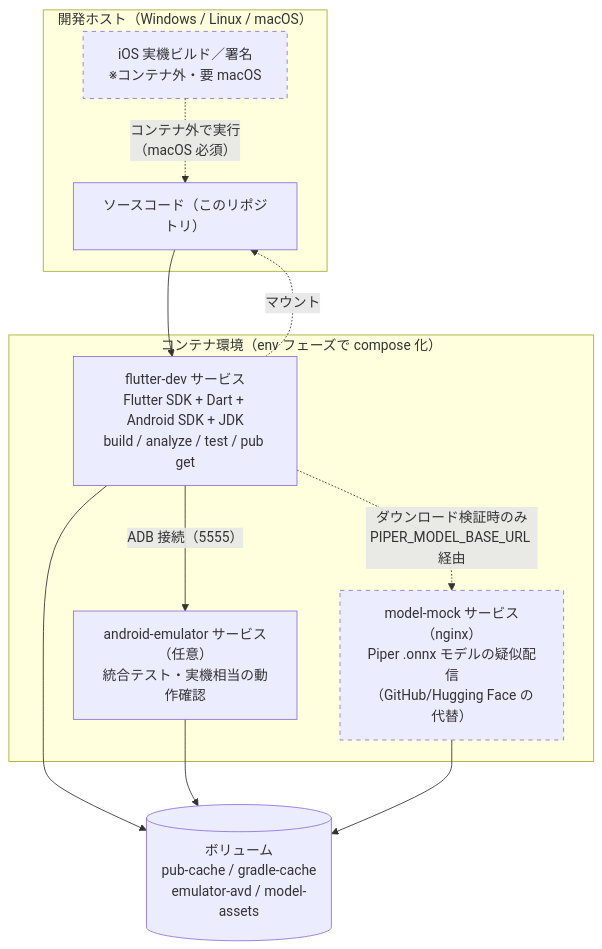
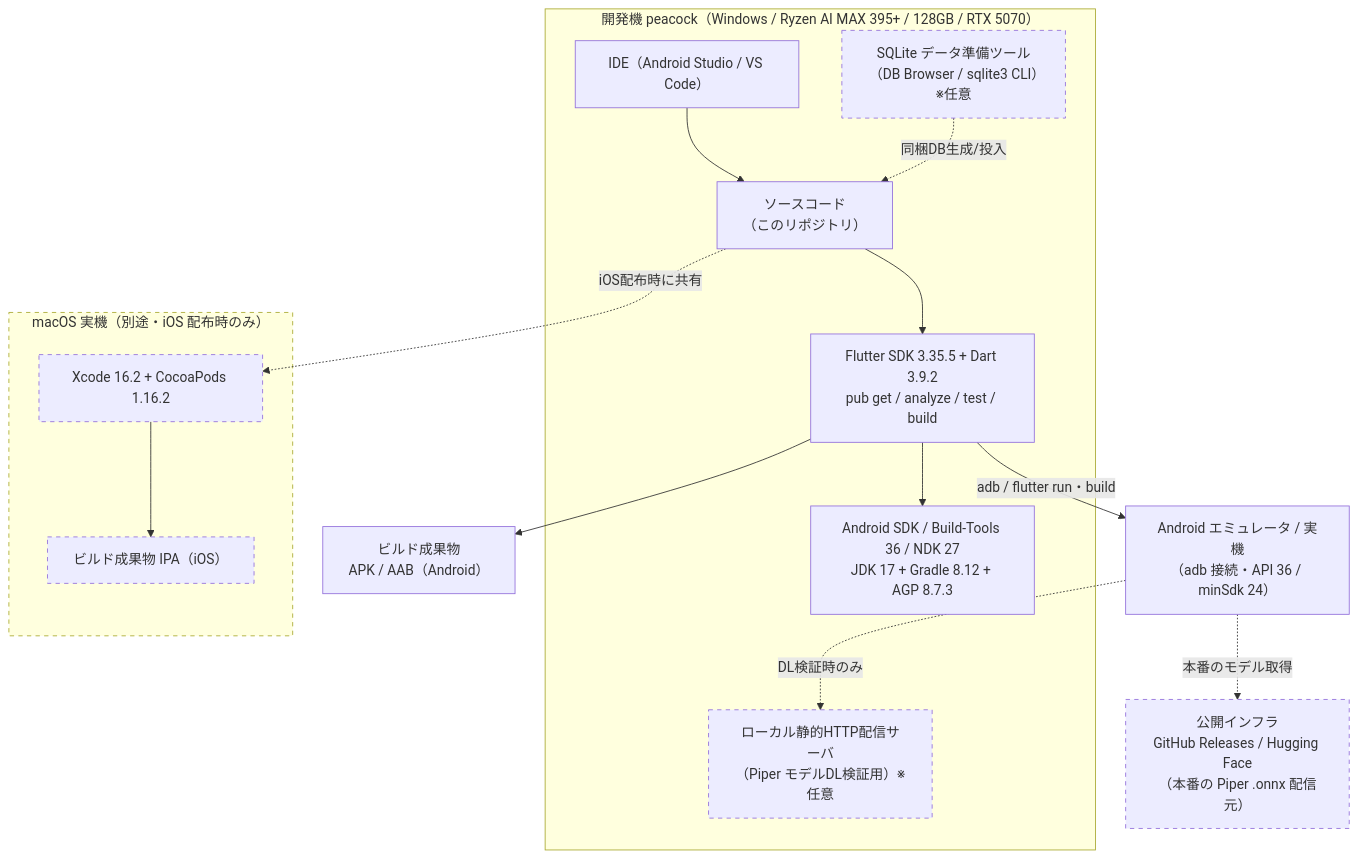
One commit to ji-no-ri/eng-learning changed the first of 2 diagrams in docs/development-environment-design.md. Above: the diagram before and after it, drawn with Mermaid. The commit also changed other lines of this file, not shown here.

````diff
--- a/docs/development-environment-design.md
+++ b/docs/development-environment-design.md
@@ -36,27 +106,36 @@
 ```mermaid
 flowchart TD
-    subgraph Host["開発ホスト（Windows / Linux / macOS）"]
-        SRC["ソースコード（このリポジトリ）"]
-        IOS["iOS 実機ビルド／署名<br/>※コンテナ外・要 macOS"]
+    subgraph DevHost["開発機 peacock（Windows / Ryzen AI MAX 395+ / 128GB / RTX 5070）"]
+        SRC["ソースコード<br/>（このリポジトリ）"]
+        FT["Flutter SDK 3.35.5 + Dart 3.9.2<br/>pub get / analyze / test / build"]
+        ASDK["Android SDK / Build-Tools 36 / NDK 27<br/>JDK 17 + Gradle 8.12 + AGP 8.7.3"]
+        IDE["IDE（Android Studio / VS Code）"]
+        DATA["SQLite データ準備ツール<br/>（DB Browser / sqlite3 CLI）※任意"]
+        MOCK["ローカル静的HTTP配信サーバ<br/>（Piper モデルDL検証用）※任意"]
     end
 
-    subgraph Compose["コンテナ環境（env フェーズで compose 化）"]
-        DEV["flutter-dev サービス<br/>Flutter SDK + Dart + Android SDK + JDK<br/>build / analyze / test / pub get"]
-        EMU["android-emulator サービス（任意）<br/>統合テスト・実機相当の動作確認"]
-        MOCK["model-mock サービス（nginx）<br/>Piper .onnx モデルの疑似配信<br/>（GitHub/Hugging Face の代替）"]
+    EMU["Android エミュレータ / 実機<br/>（adb 接続・API 36 / minSdk 24）"]
+    ART["ビルド成果物<br/>APK / AAB（Android）"]
+
+    subgraph MacHost["macOS 実機（別途・iOS 配布時のみ）"]
+        XCODE["Xcode 16.2 + CocoaPods 1.16.2"]
+        IPA["ビルド成果物 IPA（iOS）"]
     end
 
-    VOLS[("ボリューム<br/>pub-cache / gradle-cache<br/>emulator-avd / model-assets")]
+    PUB["公開インフラ<br/>GitHub Releases / Hugging Face<br/>（本番の Piper .onnx 配信元）"]
 
-    SRC --> DEV
-    DEV -. マウント .-> SRC
-    DEV --> VOLS
-    EMU --> VOLS
-    DEV -->|"ADB 接続（5555）"| EMU
-    DEV -. "ダウンロード検証時のみ<br/>PIPER_MODEL_BASE_URL 経由" .-> MOCK
-    MOCK --> VOLS
-    IOS -. "コンテナ外で実行<br/>（macOS 必須）" .-> SRC
+    SRC --> FT
+    FT --> ASDK
+    IDE --> SRC
+    DATA -. "同梱DB生成/投入" .-> SRC
+    FT -->|"adb / flutter run・build"| EMU
+    FT --> ART
+    EMU -. "DL検証時のみ" .-> MOCK
+    EMU -. "本番のモデル取得" .-> PUB
+
+    SRC -. "iOS配布時に共有" .-> XCODE
+    XCODE --> IPA
 
     classDef ext stroke-dasharray: 5 5;
-    class IOS,MOCK ext;
+    class MOCK,DATA,MacHost,XCODE,IPA,PUB ext;
 ```
````
